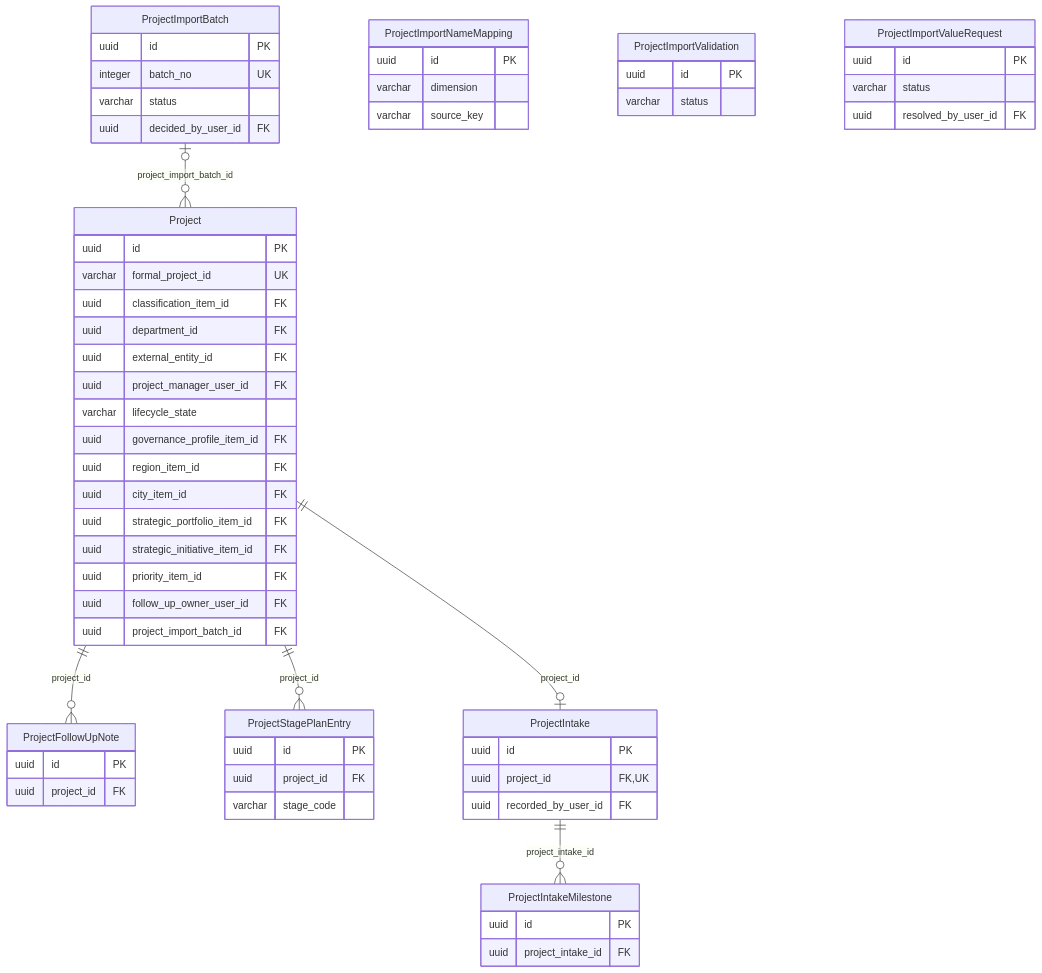
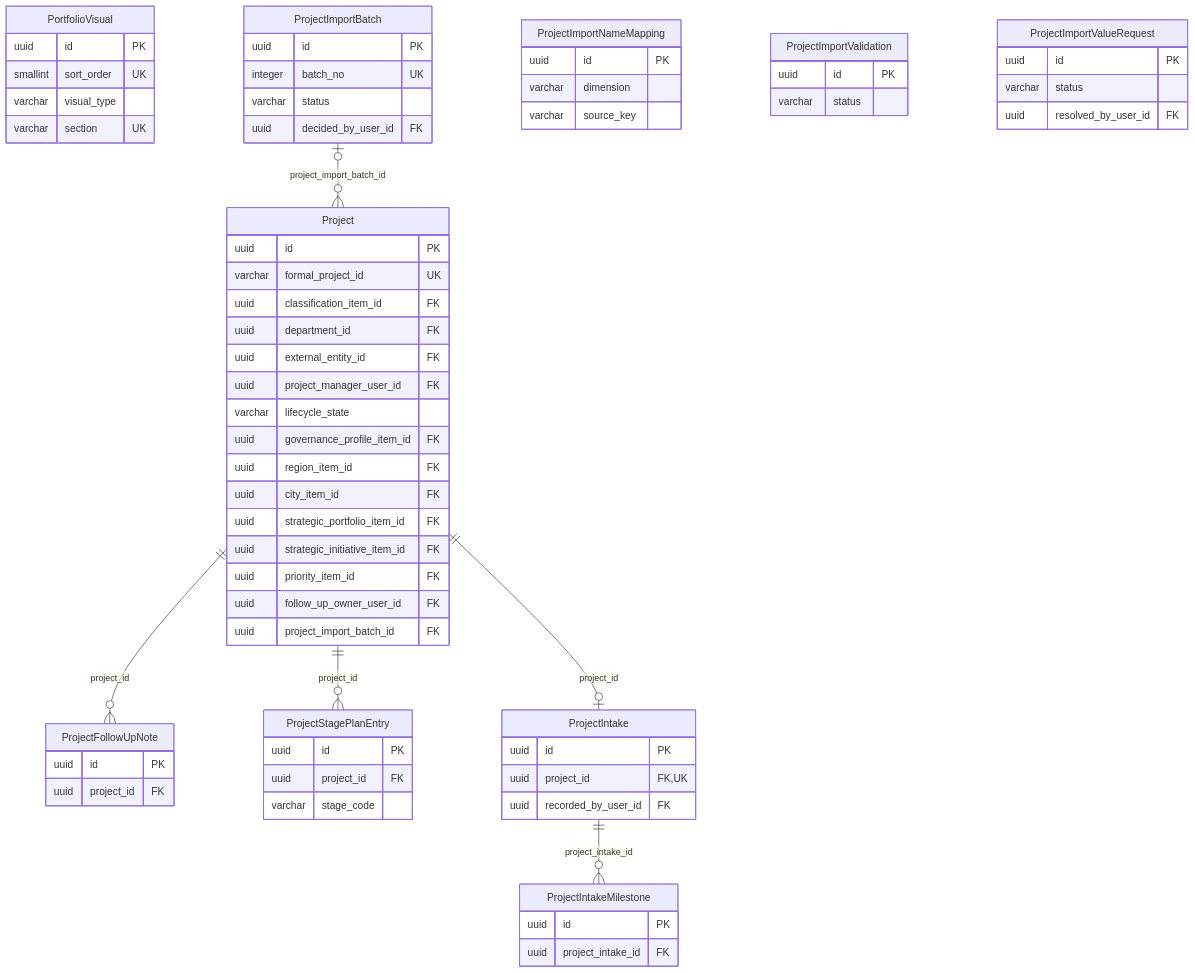
Before and after one commit to baderalhindi/ImplementW: the fourth of 22 diagrams in docs/architecture/erd.md, drawn with Mermaid. The commit also changed other lines of this file and 46 other files, not shown here.

````diff
--- a/docs/architecture/erd.md
+++ b/docs/architecture/erd.md
@@ -441,63 +441,69 @@
 ```mermaid
 erDiagram
     Project {
         uuid id PK
         varchar formal_project_id UK
         uuid classification_item_id FK
         uuid department_id FK
         uuid external_entity_id FK
         uuid project_manager_user_id FK
         varchar lifecycle_state
         uuid governance_profile_item_id FK
         uuid region_item_id FK
         uuid city_item_id FK
         uuid strategic_portfolio_item_id FK
         uuid strategic_initiative_item_id FK
         uuid priority_item_id FK
         uuid follow_up_owner_user_id FK
         uuid project_import_batch_id FK
     }
     ProjectFollowUpNote {
         uuid id PK
         uuid project_id FK
     }
     ProjectStagePlanEntry {
         uuid id PK
         uuid project_id FK
         varchar stage_code
+    }
+    PortfolioVisual {
+        uuid id PK
+        smallint sort_order UK
+        varchar visual_type
+        varchar section UK
     }
     ProjectImportBatch {
         uuid id PK
         integer batch_no UK
         varchar status
         uuid decided_by_user_id FK
     }
     ProjectImportNameMapping {
         uuid id PK
         varchar dimension
         varchar source_key
     }
     ProjectImportValidation {
         uuid id PK
         varchar status
     }
     ProjectImportValueRequest {
         uuid id PK
         varchar status
         uuid resolved_by_user_id FK
     }
     ProjectIntake {
         uuid id PK
         uuid project_id FK, UK
         uuid recorded_by_user_id FK
     }
     ProjectIntakeMilestone {
         uuid id PK
         uuid project_intake_id FK
     }
     Project ||--o| ProjectIntake : "project_id"
     ProjectIntake ||--o{ ProjectIntakeMilestone : "project_intake_id"
     Project ||--o{ ProjectFollowUpNote : "project_id"
     Project ||--o{ ProjectStagePlanEntry : "project_id"
     ProjectImportBatch |o--o{ Project : "project_import_batch_id"
 ```
````
